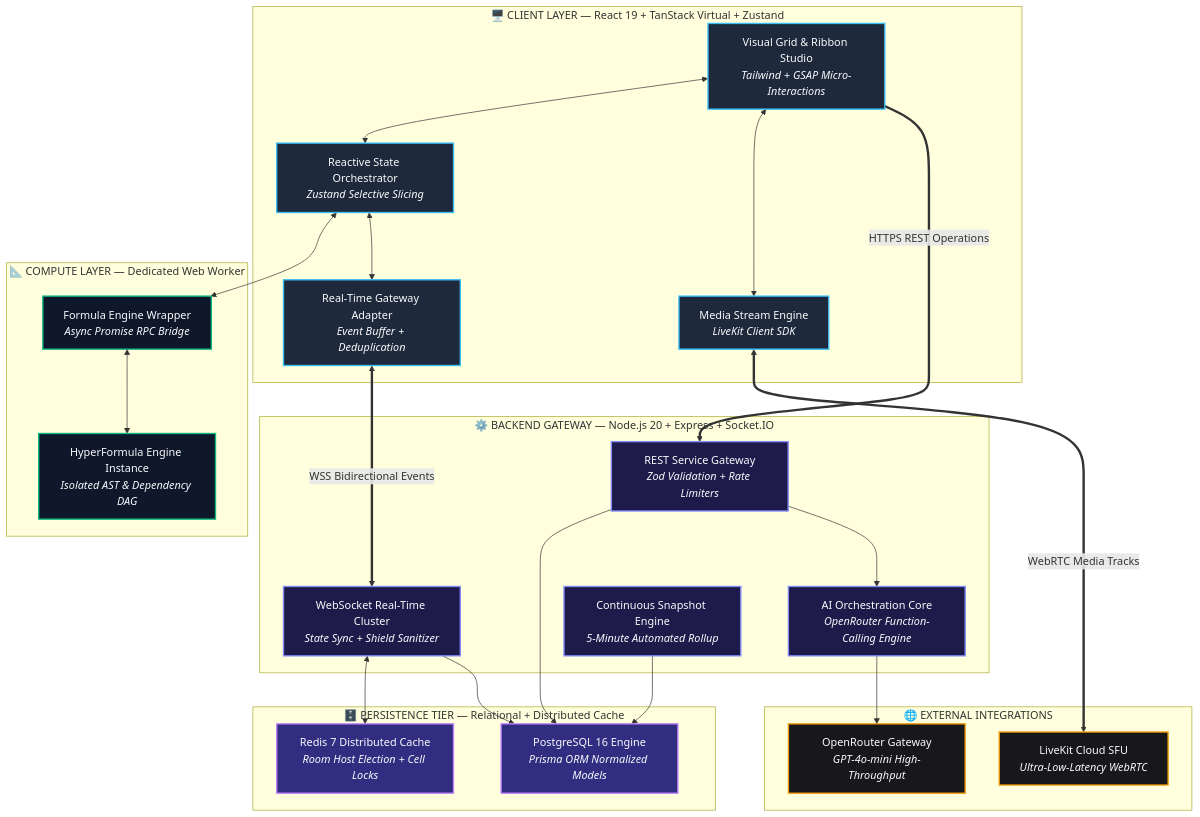
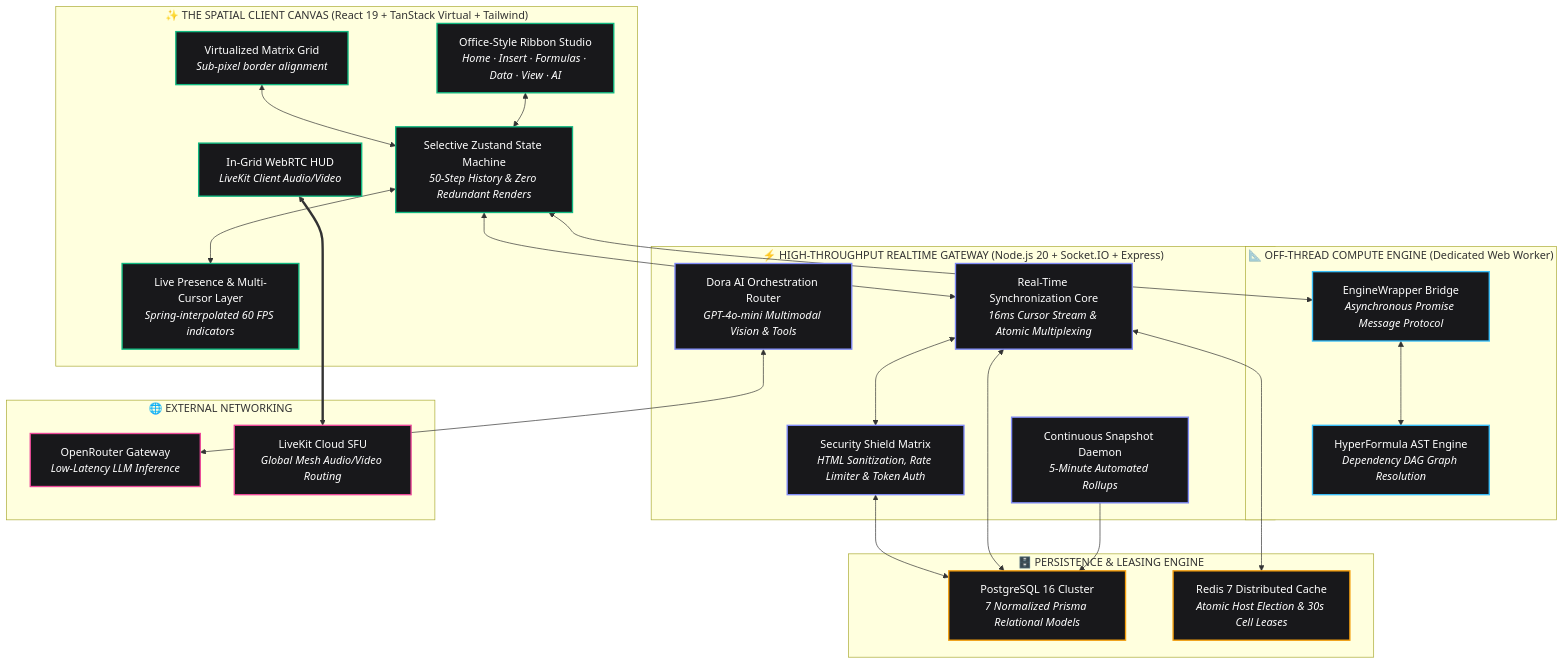
Before and after one commit to narwal4421/dora-sheet: the first of 4 diagrams in README.md, drawn with Mermaid. The commit also changed other lines of this file, not shown here.

Commit message:
docs: craft haute-couture designer manifesto and spatial grid specification

````diff
--- a/README.md
+++ b/README.md
@@ -77,58 +121,55 @@
 ```mermaid
 graph TB
-    %% Styling Definitions
-    classDef clientNode fill:#1E293B,stroke:#38BDF8,stroke-width:2px,color:#F8FAFC;
-    classDef workerNode fill:#0F172A,stroke:#10B981,stroke-width:2px,color:#F8FAFC;
-    classDef serverNode fill:#1E1B4B,stroke:#818CF8,stroke-width:2px,color:#F8FAFC;
-    classDef dbNode fill:#312E81,stroke:#C084FC,stroke-width:2px,color:#F8FAFC;
-    classDef externalNode fill:#18181B,stroke:#F59E0B,stroke-width:2px,color:#F8FAFC;
+    %% Styling
+    classDef clientStyle fill:#18181B,stroke:#10B981,stroke-width:2px,color:#FFFFFF;
+    classDef workerStyle fill:#18181B,stroke:#38BDF8,stroke-width:2px,color:#FFFFFF;
+    classDef serverStyle fill:#18181B,stroke:#818CF8,stroke-width:2px,color:#FFFFFF;
+    classDef dataStyle fill:#18181B,stroke:#F59E0B,stroke-width:2px,color:#FFFFFF;
+    classDef externalStyle fill:#18181B,stroke:#EC4899,stroke-width:2px,color:#FFFFFF;
 
-    subgraph ClientTier["🖥️ CLIENT LAYER — React 19 + TanStack Virtual + Zustand"]
-        UI["Visual Grid & Ribbon Studio<br/><i>Tailwind + GSAP Micro-Interactions</i>"]:::clientNode
-        Store["Reactive State Orchestrator<br/><i>Zustand Selective Slicing</i>"]:::clientNode
-        SocketClient["Real-Time Gateway Adapter<br/><i>Event Buffer + Deduplication</i>"]:::clientNode
-        WebRTCClient["Media Stream Engine<br/><i>LiveKit Client SDK</i>"]:::clientNode
+    subgraph PresentationTier["✨ THE SPATIAL CLIENT CANVAS (React 19 + TanStack Virtual + Tailwind)"]
+        Grid["Virtualized Matrix Grid<br/><i>Sub-pixel border alignment</i>"]:::clientStyle
+        Ribbon["Office-Style Ribbon Studio<br/><i>Home · Insert · Formulas · Data · View · AI</i>"]:::clientStyle
+        Store["Selective Zustand State Machine<br/><i>50-Step History & Zero Redundant Renders</i>"]:::clientStyle
+        LiveOverlay["Live Presence & Multi-Cursor Layer<br/><i>Spring-interpolated 60 FPS indicators</i>"]:::clientStyle
+        WebRTC["In-Grid WebRTC HUD<br/><i>LiveKit Client Audio/Video</i>"]:::clientStyle
     end
 
-    subgraph WorkerTier["📐 COMPUTE LAYER — Dedicated Web Worker"]
-        Wrapper["Formula Engine Wrapper<br/><i>Async Promise RPC Bridge</i>"]:::workerNode
-        HyperFormula["HyperFormula Engine Instance<br/><i>Isolated AST & Dependency DAG</i>"]:::workerNode
+    subgraph ComputeTier["📐 OFF-THREAD COMPUTE ENGINE (Dedicated Web Worker)"]
+        RPC["EngineWrapper Bridge<br/><i>Asynchronous Promise Message Protocol</i>"]:::workerStyle
+        HyperFormula["HyperFormula AST Engine<br/><i>Dependency DAG Graph Resolution</i>"]:::workerStyle
     end
 
-    subgraph ServerTier["⚙️ BACKEND GATEWAY — Node.js 20 + Express + Socket.IO"]
-        RestAPI["REST Service Gateway<br/><i>Zod Validation + Rate Limiters</i>"]:::serverNode
-        SocketServer["WebSocket Real-Time Cluster<br/><i>State Sync + Shield Sanitizer</i>"]:::serverNode
-        AIService["AI Orchestration Core<br/><i>OpenRouter Function-Calling Engine</i>"]:::serverNode
-        SnapshotWorker["Continuous Snapshot Engine<br/><i>5-Minute Automated Rollup</i>"]:::serverNode
+    subgraph GatewayTier["⚡ HIGH-THROUGHPUT REALTIME GATEWAY (Node.js 20 + Socket.IO + Express)"]
+        SocketEngine["Real-Time Synchronization Core<br/><i>16ms Cursor Stream & Atomic Multiplexing</i>"]:::serverStyle
+        Shield["Security Shield Matrix<br/><i>HTML Sanitization, Rate Limiter & Token Auth</i>"]:::serverStyle
+        AIService["Dora AI Orchestration Router<br/><i>GPT-4o-mini Multimodal Vision & Tools</i>"]:::serverStyle
+        SnapshotCron["Continuous Snapshot Daemon<br/><i>5-Minute Automated Rollups</i>"]:::serverStyle
     end
 
-    subgraph DataTier["🗄️ PERSISTENCE TIER — Relational + Distributed Cache"]
-        Postgres["PostgreSQL 16 Engine<br/><i>Prisma ORM Normalized Models</i>"]:::dbNode
-        Redis["Redis 7 Distributed Cache<br/><i>Room Host Election + Cell Locks</i>"]:::dbNode
+    subgraph DataTier["🗄️ PERSISTENCE & LEASING ENGINE"]
+        Postgres["PostgreSQL 16 Cluster<br/><i>7 Normalized Prisma Relational Models</i>"]:::dataStyle
+        Redis["Redis 7 Distributed Cache<br/><i>Atomic Host Election & 30s Cell Leases</i>"]:::dataStyle
     end
 
-    subgraph CloudTier["🌐 EXTERNAL INTEGRATIONS"]
-        OpenRouter["OpenRouter Gateway<br/><i>GPT-4o-mini High-Throughput</i>"]:::externalNode
-        LiveKitCloud["LiveKit Cloud SFU<br/><i>Ultra-Low-Latency WebRTC</i>"]:::externalNode
+    subgraph CloudTier["🌐 EXTERNAL NETWORKING"]
+        OpenRouter["OpenRouter Gateway<br/><i>Low-Latency LLM Inference</i>"]:::externalStyle
+        LiveKitCloud["LiveKit Cloud SFU<br/><i>Global Mesh Audio/Video Routing</i>"]:::externalStyle
     end
 
-    %% Internal Client Flow
-    UI <--> Store
-    Store <--> Wrapper
-    Wrapper <--> HyperFormula
-    Store <--> SocketClient
-    UI <--> WebRTCClient
+    %% Wiring
+    Grid <--> Store
+    Ribbon <--> Store
+    Store <--> LiveOverlay
+    Store <--> RPC
+    RPC <--> HyperFormula
+    Store <--> SocketEngine
+    WebRTC <===> LiveKitCloud
 
-    %% Client-Server Wire
-    SocketClient <===>|WSS Bidirectional Events| SocketServer
-    UI ==>|HTTPS REST Operations| RestAPI
-    WebRTCClient <===>|WebRTC Media Tracks| LiveKitCloud
-
-    %% Server Internal Flow
-    RestAPI --> Postgres
-    SocketServer <--> Redis
-    SocketServer --> Postgres
-    SnapshotWorker --> Postgres
-    AIService --> OpenRouter
-    RestAPI --> AIService
+    SocketEngine <--> Shield
+    Shield <--> Postgres
+    SocketEngine <--> Redis
+    SocketEngine <--> Postgres
+    SnapshotCron --> Postgres
+    AIService <--> OpenRouter
 ```
````
